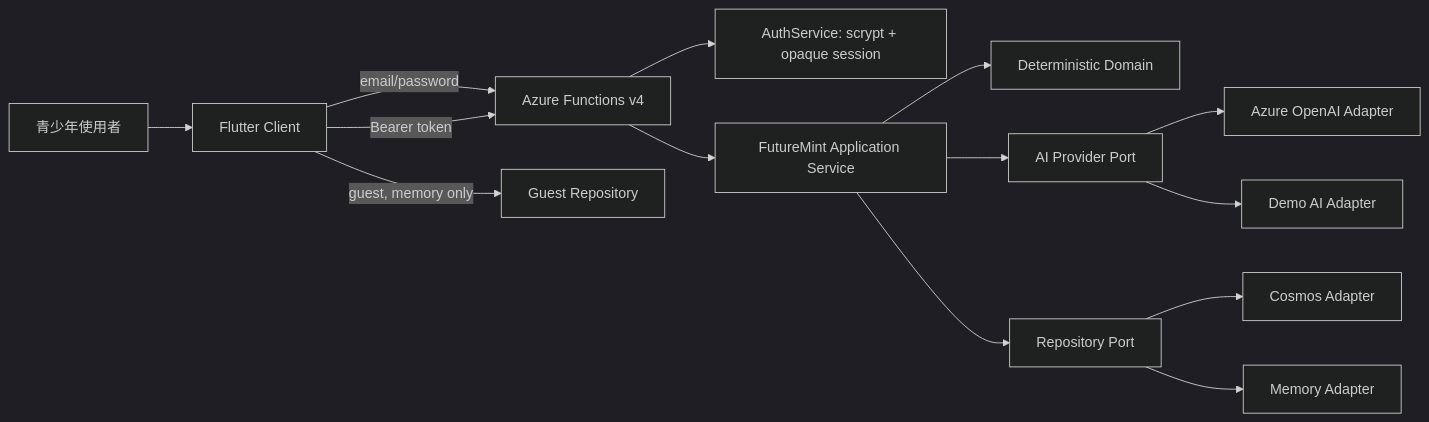
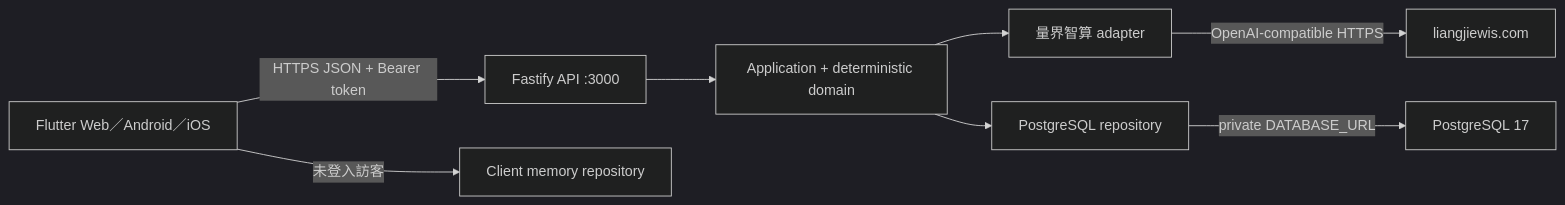
One commit to Sutdents-Project-Hub/FutureMint_AI changed the diagram in docs/architecture.md. Above: the diagram before and after it, drawn with Mermaid (dark theme). The commit also changed other lines of this file and 70 other files, not shown here.

````diff
--- a/docs/architecture.md
+++ b/docs/architecture.md
@@ -12,16 +7,10 @@
 ```mermaid
 flowchart LR
-    U["青少年使用者"] --> C["Flutter Client"]
-    C -->|"email/password"| F["Azure Functions v4"]
-    C -->|"guest, memory only"| G["Guest Repository"]
-    C -->|"Bearer token"| F
-    F --> AU["AuthService: scrypt + opaque session"]
-    F --> S["FutureMint Application Service"]
-    S --> D["Deterministic Domain"]
-    S --> A["AI Provider Port"]
-    S --> R["Repository Port"]
-    A --> O["Azure OpenAI Adapter"]
-    A --> DA["Demo AI Adapter"]
-    R --> X["Cosmos Adapter"]
-    R --> M["Memory Adapter"]
+    U["Flutter Web／Android／iOS"] -->|"HTTPS JSON + Bearer token"| A["Fastify API :3000"]
+    A --> D["Application + deterministic domain"]
+    D --> Q["量界智算 adapter"]
+    D --> M["PostgreSQL repository"]
+    Q -->|"OpenAI-compatible HTTPS"| L["liangjiewis.com"]
+    M -->|"private DATABASE_URL"| P["PostgreSQL 17"]
+    U -->|"未登入訪客"| G["Client memory repository"]
 ```
````
